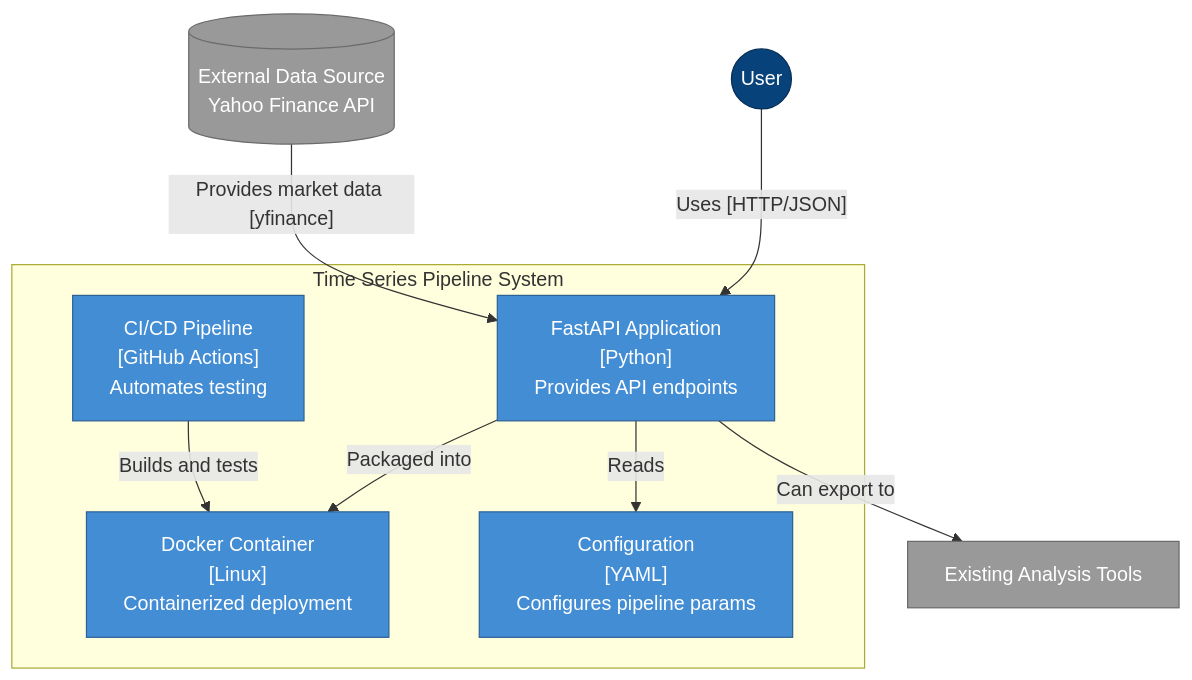
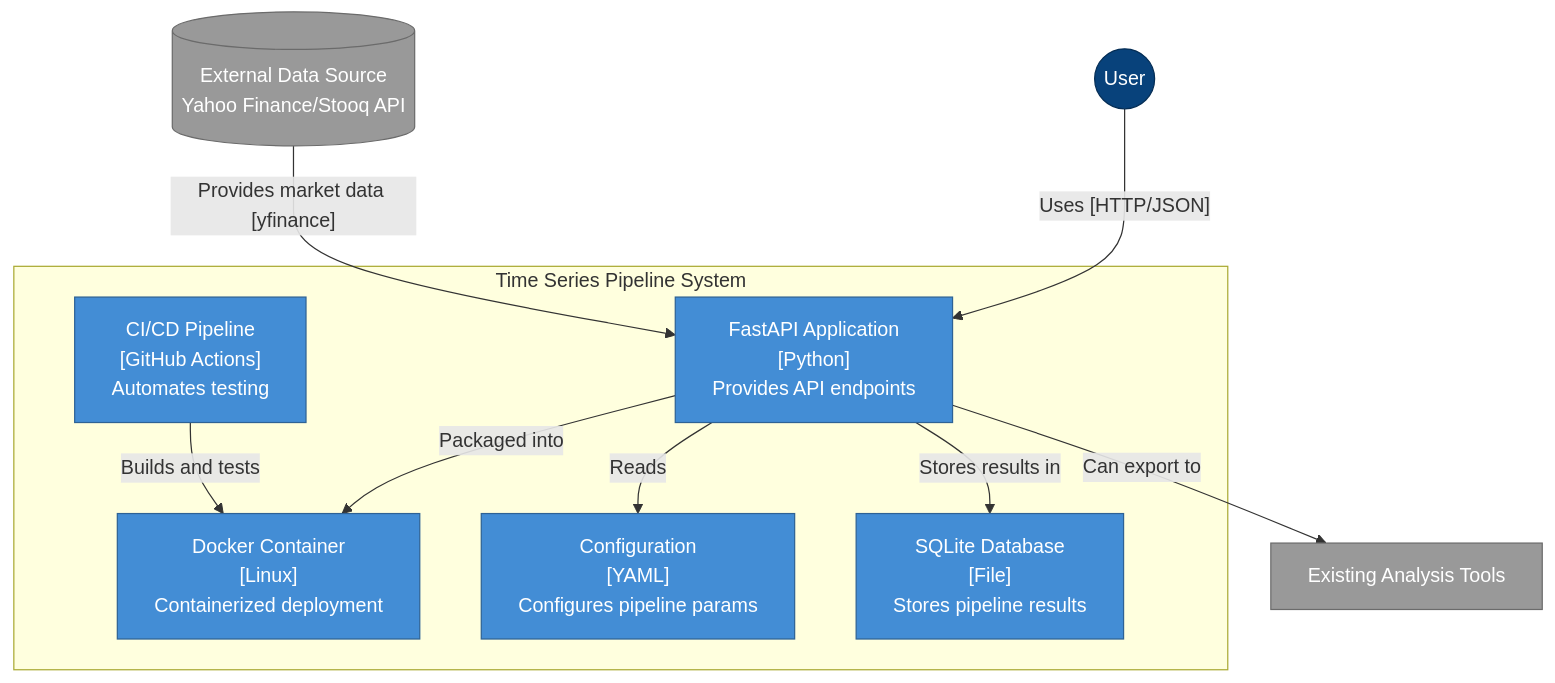
One commit to garthmortensen/timeseries-api changed the second of 17 diagrams in README.md. Above: the diagram before and after it, drawn with Mermaid. The commit also changed other lines of this file and 14 other files, not shown here.

````diff
--- a/README.md
+++ b/README.md
@@ -315,31 +312,33 @@
 ```mermaid
 flowchart TB
     %% Styling
     classDef person fill:#08427B,color:#fff,stroke:#052E56,stroke-width:1px
     classDef container fill:#438DD5,color:#fff,stroke:#2E6295,stroke-width:1px
     classDef external fill:#999999,color:#fff,stroke:#6B6B6B,stroke-width:1px
     classDef system fill:#1168BD,color:#fff,stroke:#0B4884,stroke-width:1px
     
     %% Person
     User((User)):::person
     
     %% System boundary
     subgraph TimeSeriesPipeline["Time Series Pipeline System"]
         FastAPI["FastAPI Application<br>[Python]<br>Provides API endpoints"]:::container
         Dockerized["Docker Container<br>[Linux]<br>Containerized deployment"]:::container
         Config["Configuration<br>[YAML]<br>Configures pipeline params"]:::container
+Database["SQLite Database<br>[File]<br>Stores pipeline results"]:::container
         CIpipeline["CI/CD Pipeline<br>[GitHub Actions]<br>Automates testing"]:::container
     end
     
     %% External Systems
-    ExternalDataSource[(External Data Source<br>Yahoo Finance API)]:::external
+    ExternalDataSource[(External Data Source<br>Yahoo Finance/Stooq API)]:::external
     ExistingAnalysisTool[Existing Analysis Tools]:::external
     
     %% Relationships
     User -- "Uses [HTTP/JSON]" --> FastAPI
     FastAPI -- "Reads" --> Config
+FastAPI -- "Stores results in" --> Database
     FastAPI -- "Packaged into" --> Dockerized
     CIpipeline -- "Builds and tests" --> Dockerized
     ExternalDataSource -- "Provides market data [yfinance]" --> FastAPI
     FastAPI -- "Can export to" --> ExistingAnalysisTool
 ```
````
